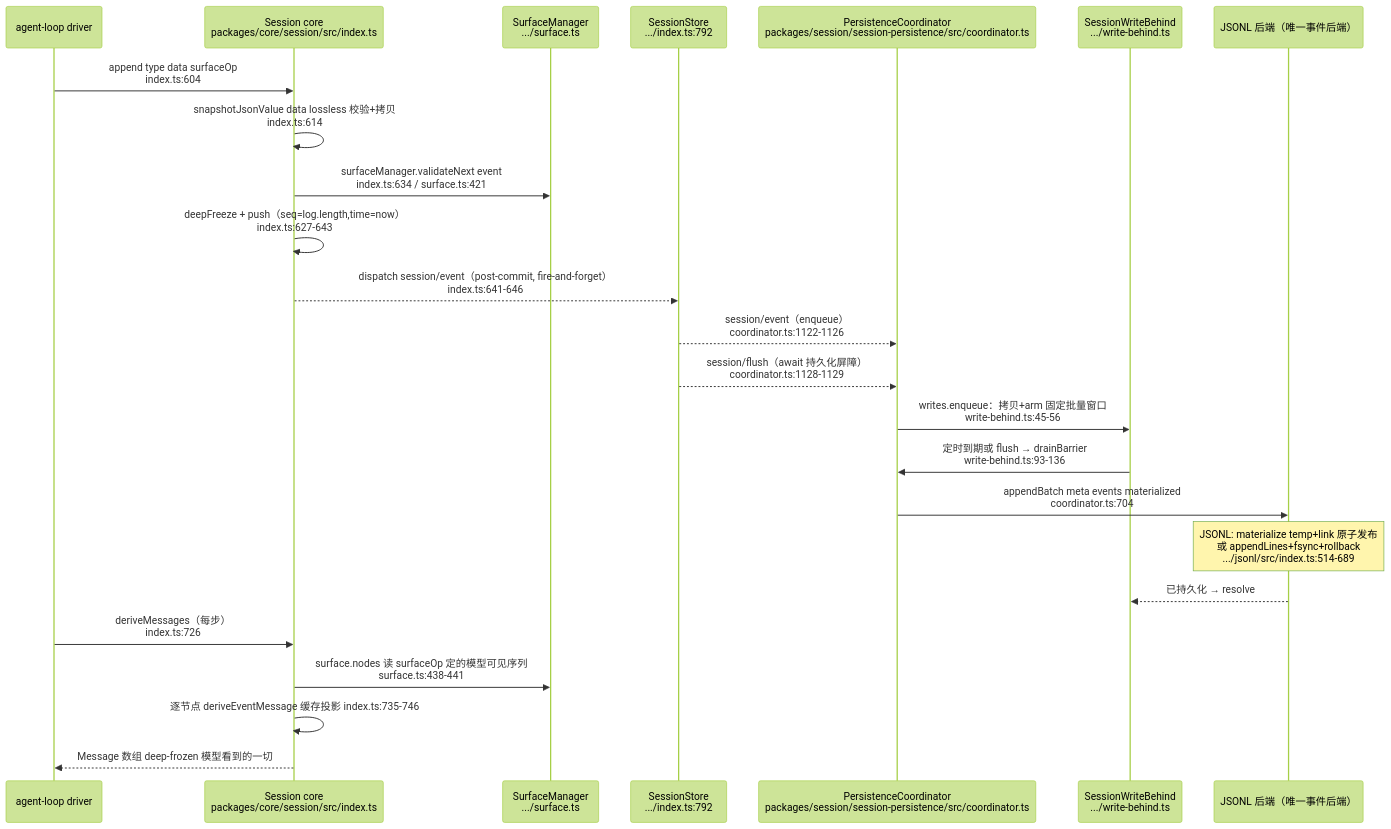
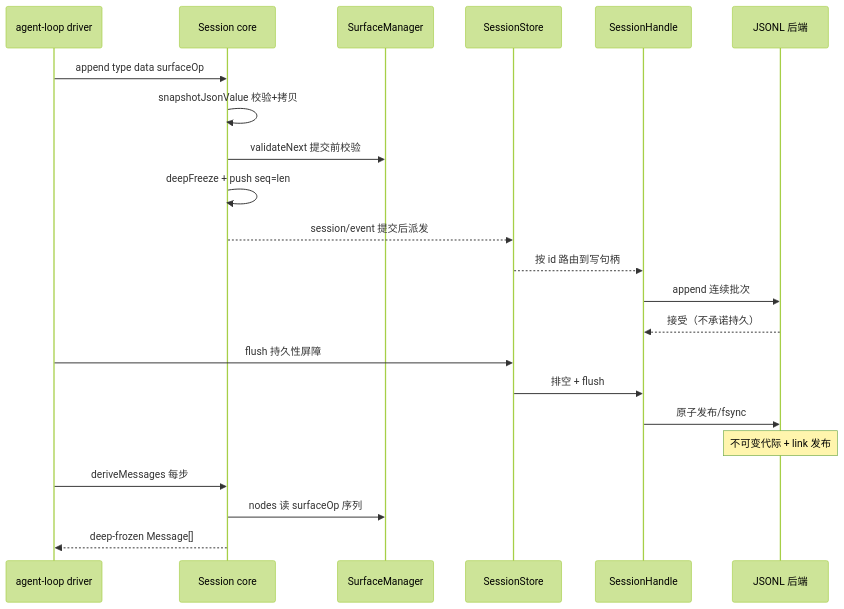
Before and after one commit to morehao/oss-insights: the first of 3 diagrams in ai-agent/deepseek-harness/session.md, drawn with Mermaid (forest theme). The commit also changed other lines of this file and 27 other files, not shown here.

````diff
--- a/ai-agent/deepseek-harness/session.md
+++ b/ai-agent/deepseek-harness/session.md
@@ -151,27 +303,25 @@
 ```mermaid
 sequenceDiagram
     participant Drv as agent-loop driver
-    participant S as Session core <br>packages/core/session/src/index.ts
-    participant Surf as SurfaceManager <br>.../surface.ts
-    participant Store as SessionStore <br>.../index.ts:792
-    participant Persist as PersistenceCoordinator <br>packages/session/session-persistence/src/coordinator.ts
-    participant WB as SessionWriteBehind <br>.../write-behind.ts
-    participant Backend as JSONL 后端（唯一事件后端）
+    participant S as Session core
+    participant Surf as SurfaceManager
+    participant Store as SessionStore
+    participant H as SessionHandle
+    participant B as JSONL 后端
 
-    Drv->>S: append type data surfaceOp <br>index.ts:604
-    S->>S: snapshotJsonValue data lossless 校验+拷贝 <br>index.ts:614
-    S->>Surf: surfaceManager.validateNext event <br>index.ts:634 / surface.ts:421
-    S->>S: deepFreeze + push（seq=log.length,time=now） <br>index.ts:627-643
-    S-->>Store: dispatch session/event（post-commit, fire-and-forget） <br>index.ts:641-646
-    Store-->>Persist: session/event（enqueue） <br>coordinator.ts:1122-1126
-    Store-->>Persist: session/flush（await 持久化屏障） <br>coordinator.ts:1128-1129
-    Persist->>WB: writes.enqueue：拷贝+arm 固定批量窗口 <br>write-behind.ts:45-56
-    WB->>Persist: 定时到期或 flush → drainBarrier <br>write-behind.ts:93-136
-    Persist->>Backend: appendBatch meta events materialized <br>coordinator.ts:704
-    Note over Backend: JSONL: materialize temp+link 原子发布 <br>或 appendLines+fsync+rollback <br>.../jsonl/src/index.ts:514-689
-    Backend-->>WB: 已持久化 → resolve
-    Drv->>S: deriveMessages（每步） <br>index.ts:726
-    S->>Surf: surface.nodes 读 surfaceOp 定的模型可见序列 <br>surface.ts:438-441
-    S->>S: 逐节点 deriveEventMessage 缓存投影 index.ts:735-746
-    S-->>Drv: Message 数组 deep-frozen 模型看到的一切
+    Drv->>S: append type data surfaceOp
+    S->>S: snapshotJsonValue 校验+拷贝
+    S->>Surf: validateNext 提交前校验
+    S->>S: deepFreeze + push seq=len
+    S-->>Store: session/event 提交后派发
+    Store-->>H: 按 id 路由到写句柄
+    H->>B: append 连续批次
+    B-->>H: 接受（不承诺持久）
+    Drv->>Store: flush 持久性屏障
+    Store->>H: 排空 + flush
+    H->>B: 原子发布/fsync
+    Note over B: 不可变代际 + link 发布
+    Drv->>S: deriveMessages 每步
+    S->>Surf: nodes 读 surfaceOp 序列
+    S-->>Drv: deep-frozen Message[]
 ```
````
